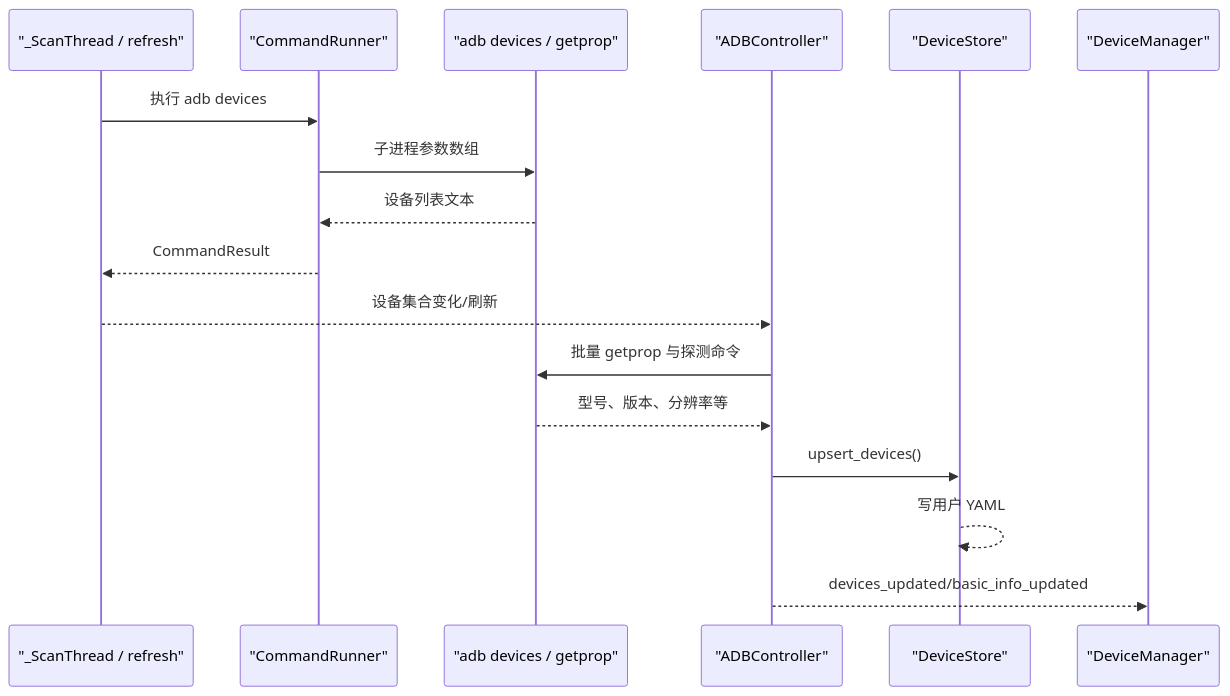
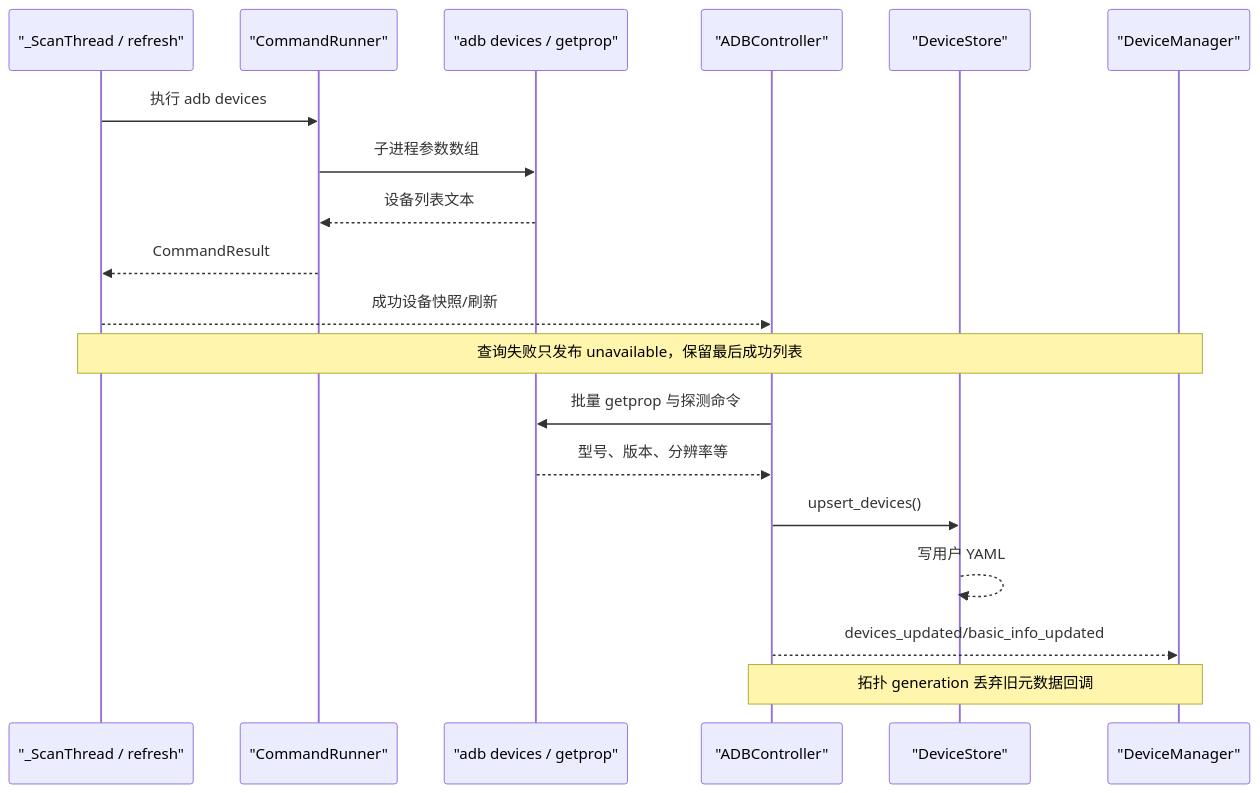
One commit to BlackHu-art/ADBLab changed the second of 7 diagrams in docs/project-knowledge/DATA_FLOW.md. Above: the diagram before and after it, drawn with Mermaid. The commit also changed other lines of this file and 112 other files, not shown here.

````diff
--- a/docs/project-knowledge/DATA_FLOW.md
+++ b/docs/project-knowledge/DATA_FLOW.md
@@ -49,20 +49,22 @@
 ```mermaid
 sequenceDiagram
     participant Scan as "_ScanThread / refresh"
     participant CR as "CommandRunner"
     participant ADB as "adb devices / getprop"
     participant C as "ADBController"
     participant DS as "DeviceStore"
     participant UI as "DeviceManager"
 
     Scan->>CR: 执行 adb devices
     CR->>ADB: 子进程参数数组
     ADB-->>CR: 设备列表文本
     CR-->>Scan: CommandResult
-    Scan-->>C: 设备集合变化/刷新
+    Scan-->>C: 成功设备快照/刷新
+    Note over Scan,UI: 查询失败只发布 unavailable，保留最后成功列表
     C->>ADB: 批量 getprop 与探测命令
     ADB-->>C: 型号、版本、分辨率等
     C->>DS: upsert_devices()
     DS-->>DS: 写用户 YAML
     C-->>UI: devices_updated/basic_info_updated
+    Note over C,UI: 拓扑 generation 丢弃旧元数据回调
 ```
````
